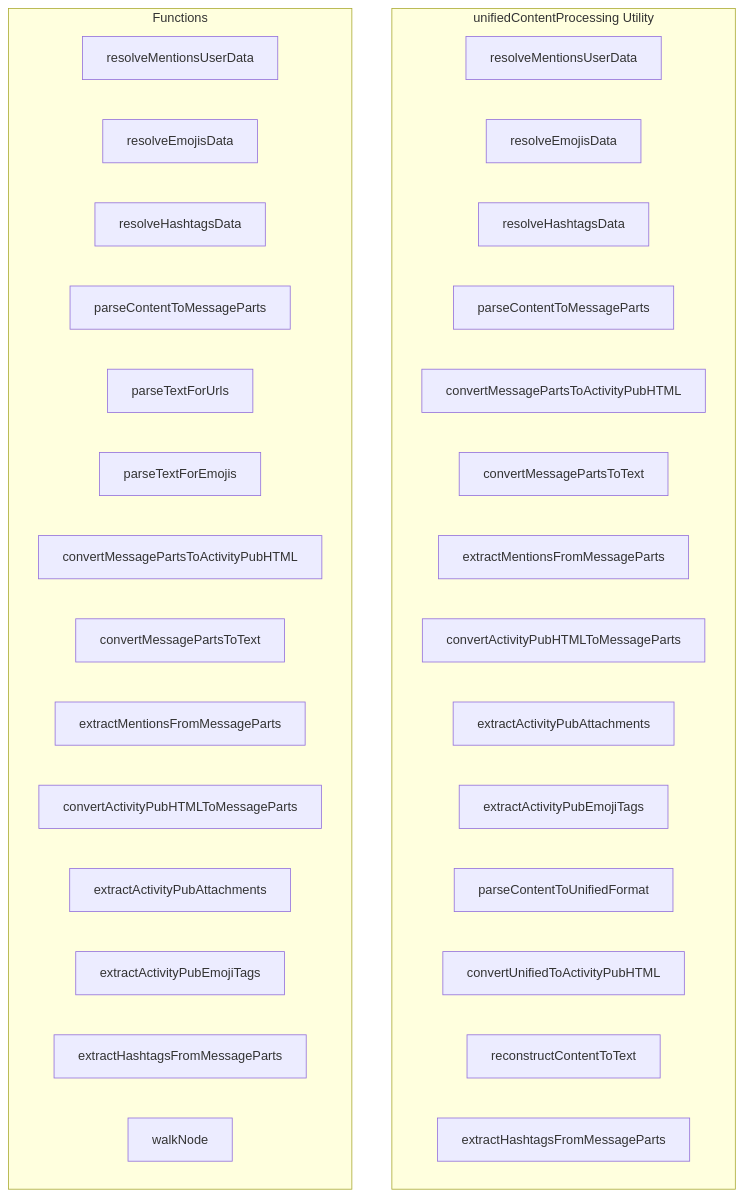
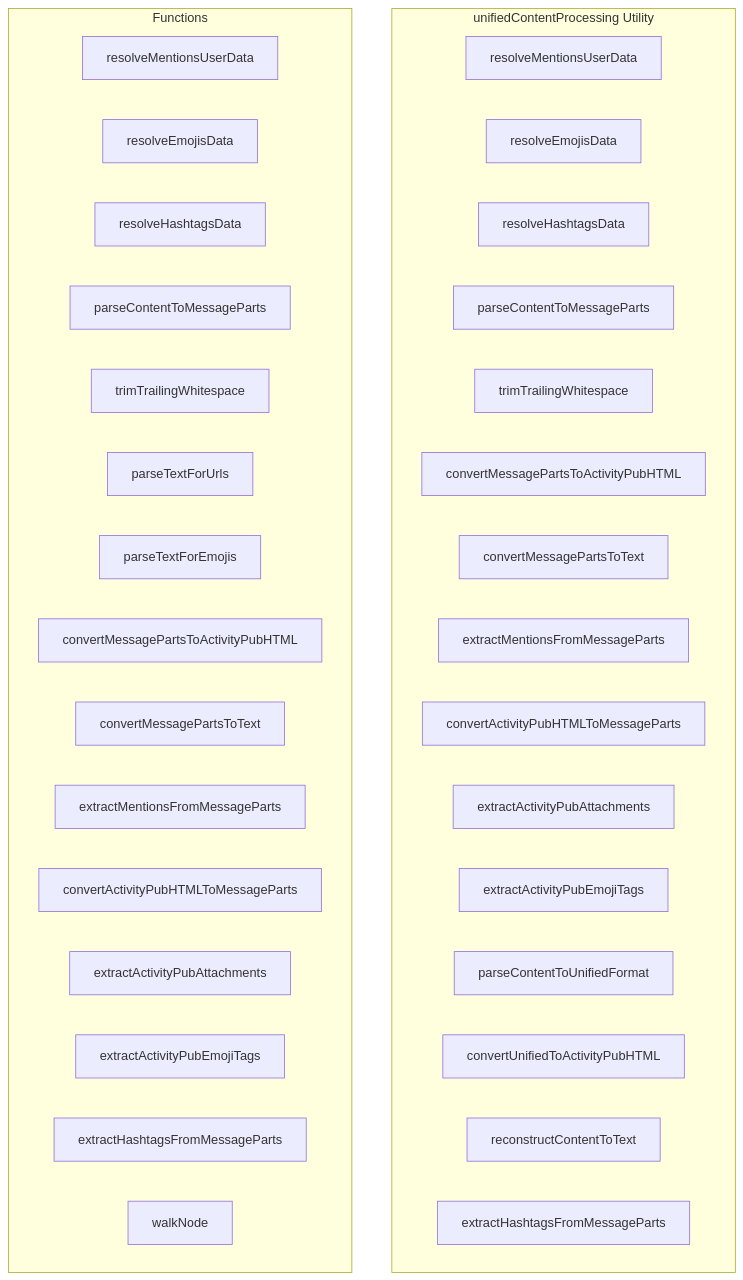
The diagram in docs/api/utils/unifiedcontentprocessing.md (y4my4my4m/harmony), drawn with Mermaid before and after one commit. The commit also changed other lines of this file and 211 other files, not shown here.

````diff
--- a/docs/api/utils/unifiedcontentprocessing.md
+++ b/docs/api/utils/unifiedcontentprocessing.md
@@ -7,36 +7,38 @@
 ```mermaid
 graph TB
     subgraph "unifiedContentProcessing Utility"
         RESOLVEMENTIONSUSERDATA[resolveMentionsUserData]
         RESOLVEEMOJISDATA[resolveEmojisData]
         RESOLVEHASHTAGSDATA[resolveHashtagsData]
         PARSECONTENTTOMESSAGEPARTS[parseContentToMessageParts]
+        TRIMTRAILINGWHITESPACE[trimTrailingWhitespace]
         CONVERTMESSAGEPARTSTOACTIVITYP[convertMessagePartsToActivityPubHTML]
         CONVERTMESSAGEPARTSTOTEXT[convertMessagePartsToText]
         EXTRACTMENTIONSFROMMESSAGEPART[extractMentionsFromMessageParts]
         CONVERTACTIVITYPUBHTMLTOMESSAG[convertActivityPubHTMLToMessageParts]
         EXTRACTACTIVITYPUBATTACHMENTS[extractActivityPubAttachments]
         EXTRACTACTIVITYPUBEMOJITAGS[extractActivityPubEmojiTags]
         PARSECONTENTTOUNIFIEDFORMAT[parseContentToUnifiedFormat]
         CONVERTUNIFIEDTOACTIVITYPUBHTM[convertUnifiedToActivityPubHTML]
         RECONSTRUCTCONTENTTOTEXT[reconstructContentToText]
         EXTRACTHASHTAGSFROMMESSAGEPART[extractHashtagsFromMessageParts]
     end
     
     subgraph "Functions"
         FN_RESOLVEMENTIONSUSERDATA[resolveMentionsUserData]
         FN_RESOLVEEMOJISDATA[resolveEmojisData]
         FN_RESOLVEHASHTAGSDATA[resolveHashtagsData]
         FN_PARSECONTENTTOMESSAGEPARTS[parseContentToMessageParts]
+        FN_TRIMTRAILINGWHITESPACE[trimTrailingWhitespace]
         FN_PARSETEXTFORURLS[parseTextForUrls]
         FN_PARSETEXTFOREMOJIS[parseTextForEmojis]
         FN_CONVERTMESSAGEPARTSTOACTIVITYP[convertMessagePartsToActivityPubHTML]
         FN_CONVERTMESSAGEPARTSTOTEXT[convertMessagePartsToText]
         FN_EXTRACTMENTIONSFROMMESSAGEPART[extractMentionsFromMessageParts]
         FN_CONVERTACTIVITYPUBHTMLTOMESSAG[convertActivityPubHTMLToMessageParts]
         FN_EXTRACTACTIVITYPUBATTACHMENTS[extractActivityPubAttachments]
         FN_EXTRACTACTIVITYPUBEMOJITAGS[extractActivityPubEmojiTags]
         FN_EXTRACTHASHTAGSFROMMESSAGEPART[extractHashtagsFromMessageParts]
         FN_WALKNODE[walkNode]
     end
 ```
````
